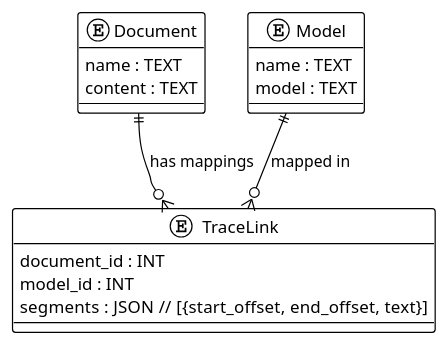
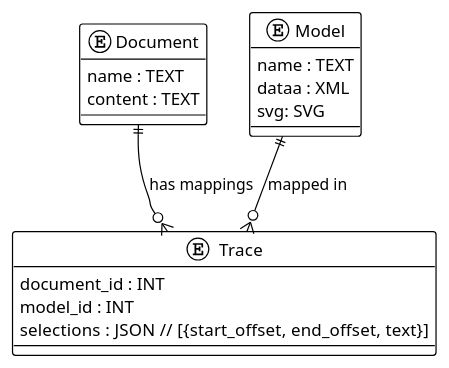
One commit to wenx0826/msc-thesis changed the diagram in Code/MyCode/dataSchema.md. Above: the diagram before and after it, drawn with PlantUML.

````diff
--- a/Code/MyCode/dataSchema.md
+++ b/Code/MyCode/dataSchema.md
@@ -1,26 +1,27 @@
 ```plantuml
 @startuml
 !theme plain
 
 entity "Document" as Document {
   name : TEXT
   content : TEXT
 }
 
 entity "Model" as Model {
   name : TEXT
-  model : TEXT
+  dataa : XML
+  svg: SVG
 }
 
-entity "TraceLink" as TraceLink {
+entity "Trace" as Trace {
   document_id : INT
   model_id : INT
-  segments : JSON   // [{start_offset, end_offset, text}]
+  selections : JSON   // [{start_offset, end_offset, text}]
 }
 
 ' --- Relationships ---
-Document ||--o{ TraceLink : "has mappings"
-Model ||--o{ TraceLink : "mapped in"
+Document ||--o{ Trace : "has mappings"
+Model ||--o{ Trace : "mapped in"
 
 @enduml
 ```
````
